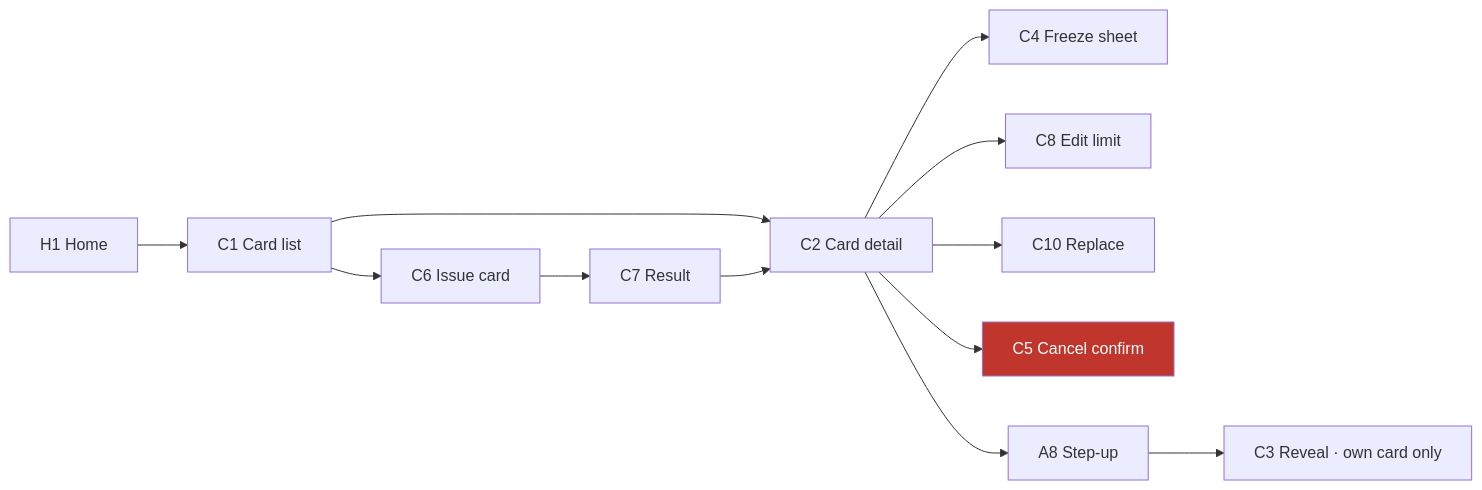
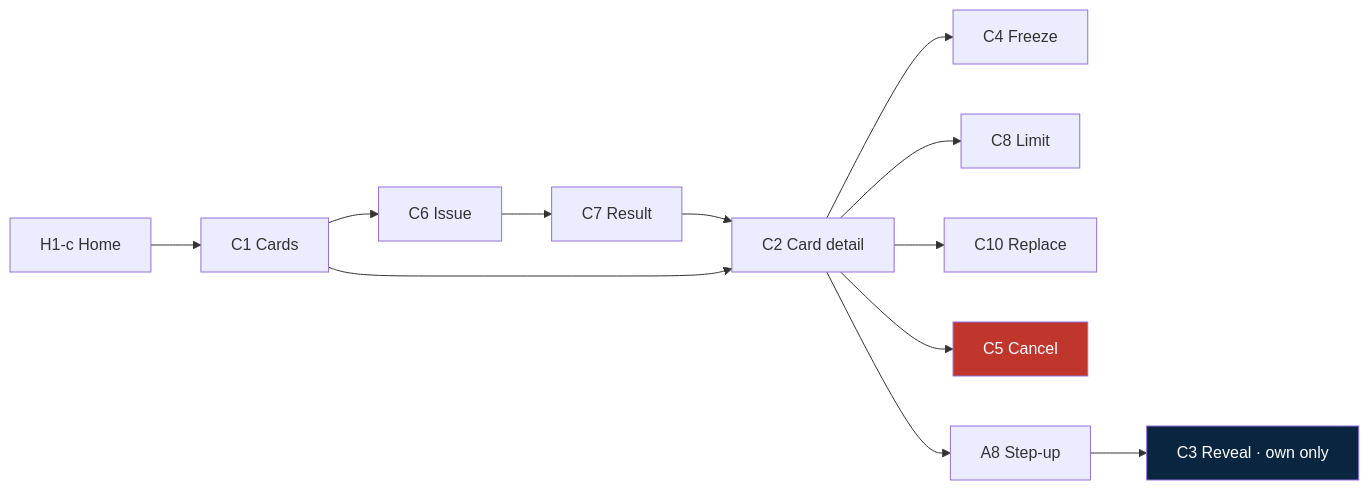
The fifth of 10 diagrams in docs/Screens-and-flows.md (yr08ii/card-management-app), drawn with Mermaid before and after one commit. The commit also changed other lines of this file and 1 other file, not shown here.

First line of the commit message:
docs: reshape around Pismo object model; add partner card programs

````diff
--- a/docs/Screens-and-flows.md
+++ b/docs/Screens-and-flows.md
@@ -334,13 +357,14 @@
 ```mermaid
 flowchart LR
-    H1["H1 Home"] --> C1["C1 Card list"]
-    C1 --> C2["C2 Card detail"]
-    C1 --> C6["C6 Issue card"] --> C7["C7 Result"] --> C2
-    C2 --> C4["C4 Freeze sheet"]
-    C2 --> C8["C8 Edit limit"]
+    H["H1-c Home"] --> C1["C1 Cards"]
+    C1 --> C6["C6 Issue"] --> C7["C7 Result"] --> C2["C2 Card detail"]
+    C1 --> C2
+    C2 --> C4["C4 Freeze"]
+    C2 --> C8["C8 Limit"]
     C2 --> C10["C10 Replace"]
-    C2 --> C5["C5 Cancel confirm"]
-    C2 --> A8["A8 Step-up"] --> C3["C3 Reveal · own card only"]
+    C2 --> C5["C5 Cancel"]
+    C2 --> A8["A8 Step-up"] --> C3["C3 Reveal · own only"]
 
     style C5 fill:#C0362C,color:#fff
+    style C3 fill:#0A2540,color:#fff
 ```
````
